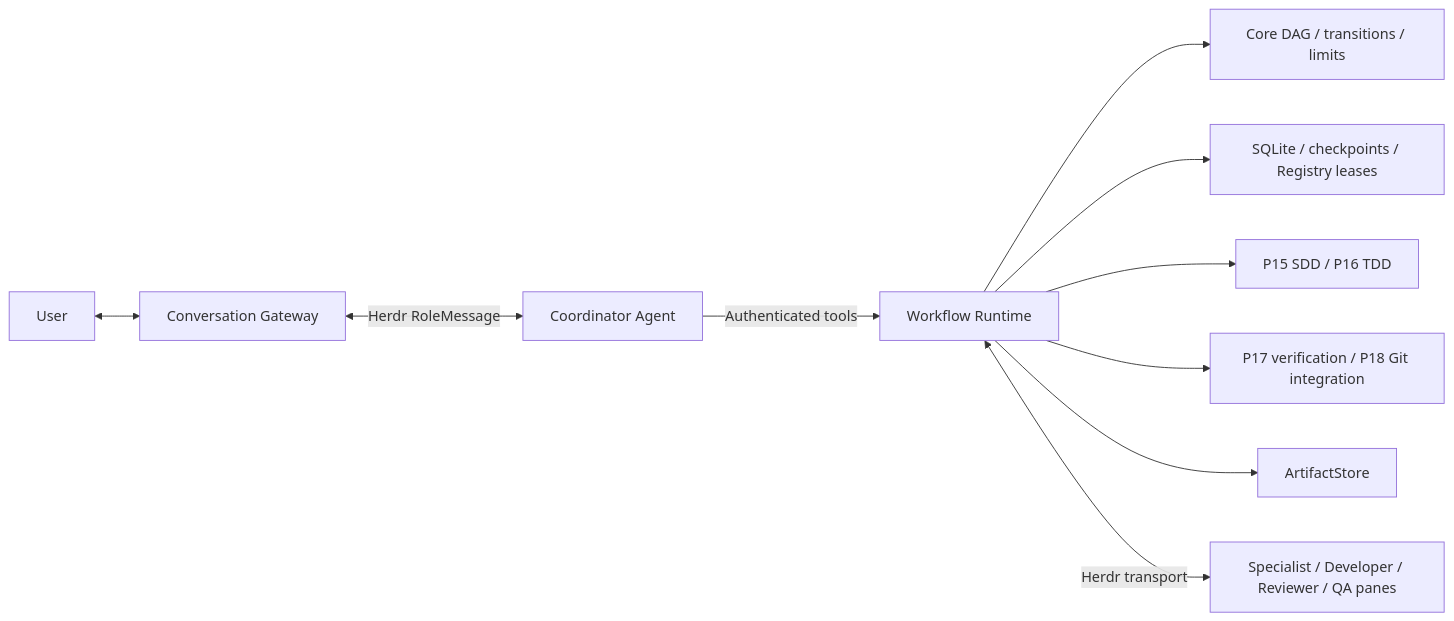
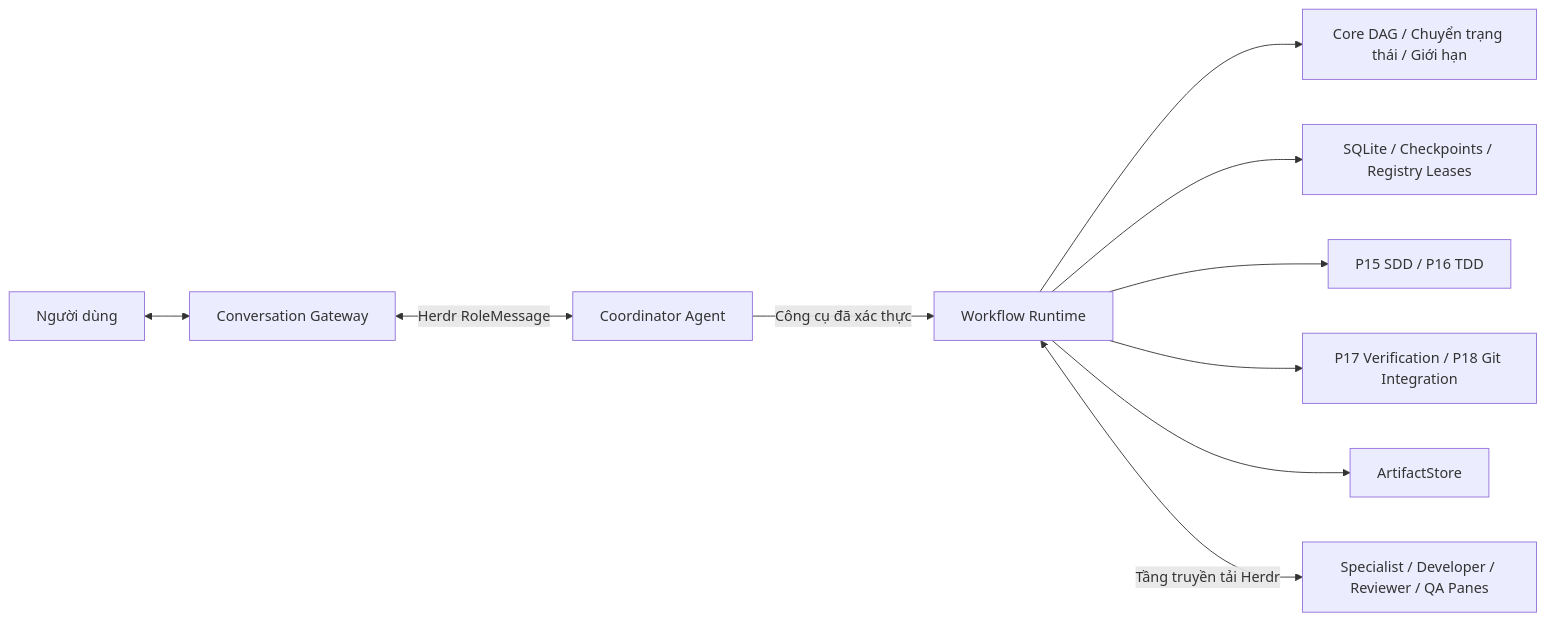
Before and after one commit to qxbao/bflow: the diagram in docs/guide/architecture-overview.md, drawn with Mermaid. The commit also changed other lines of this file and 21 other files, not shown here.

````diff
--- a/docs/guide/architecture-overview.md
+++ b/docs/guide/architecture-overview.md
@@ -8,12 +16,12 @@
 ```mermaid
 flowchart LR
-    U[User] <--> C[Conversation Gateway]
+    U[Người dùng] <--> C[Conversation Gateway]
     C <-->|Herdr RoleMessage| A[Coordinator Agent]
-    A -->|Authenticated tools| R[Workflow Runtime]
-    R --> E[Core DAG / transitions / limits]
-    R --> P[SQLite / checkpoints / Registry leases]
+    A -->|Công cụ đã xác thực| R[Workflow Runtime]
+    R --> E[Core DAG / Chuyển trạng thái / Giới hạn]
+    R --> P[SQLite / Checkpoints / Registry Leases]
     R --> S[P15 SDD / P16 TDD]
-    R --> V[P17 verification / P18 Git integration]
+    R --> V[P17 Verification / P18 Git Integration]
     R --> F[ArtifactStore]
-    R <-->|Herdr transport| H[Specialist / Developer / Reviewer / QA panes]
+    R <-->|Tầng truyền tải Herdr| H[Specialist / Developer / Reviewer / QA Panes]
 ```
````
